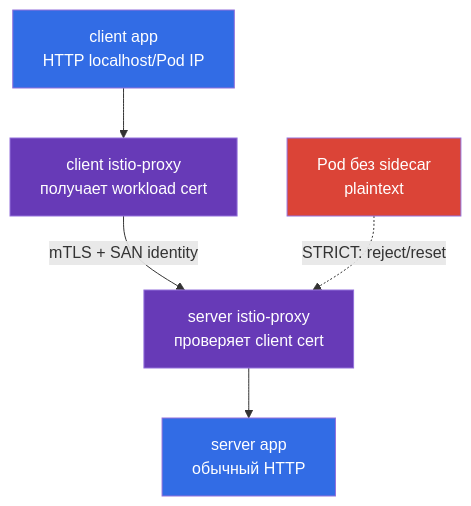
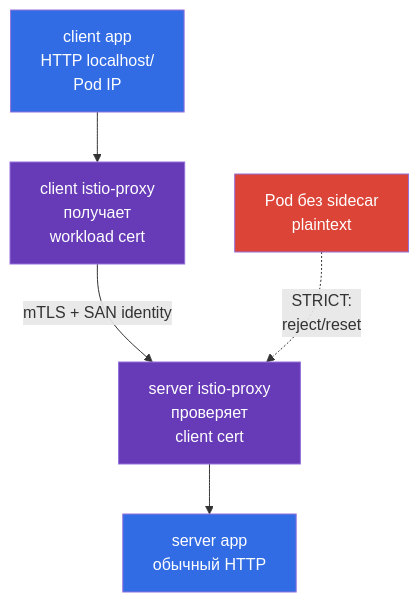
One commit to ViktorUJ/cks changed the third of 3 diagrams in tasks/cks/course/23/ru.md. Above: the diagram before and after it, drawn with Mermaid. The commit also changed other lines of this file and 6 other files, not shown here.

````diff
--- a/tasks/cks/course/23/ru.md
+++ b/tasks/cks/course/23/ru.md
@@ -358,12 +450,12 @@
 ```mermaid
 flowchart TB
-    ca["client app<br/>HTTP localhost/Pod IP"] --> cp["client istio-proxy<br/>получает workload cert"]
-    cp -->|"mTLS + SAN identity"| sp["server istio-proxy<br/>проверяет client cert"]
+    ca["client app<br/>HTTP localhost/<br/>Pod IP"] --> cp["client istio-proxy<br/>получает<br/>workload cert"]
+    cp -->|"mTLS + SAN identity"| sp["server istio-proxy<br/>проверяет<br/>client cert"]
     sp --> sa["server app<br/>обычный HTTP"]
-    out["Pod без sidecar<br/>plaintext"] -. "STRICT: reject/reset" .-> sp
+    out["Pod без sidecar<br/>plaintext"] -. "STRICT:<br/>reject/reset" .-> sp
     style ca fill:#326ce5,color:#fff
     style sa fill:#326ce5,color:#fff
     style cp fill:#673ab7,color:#fff
     style sp fill:#673ab7,color:#fff
     style out fill:#db4437,color:#fff
 ```
````
